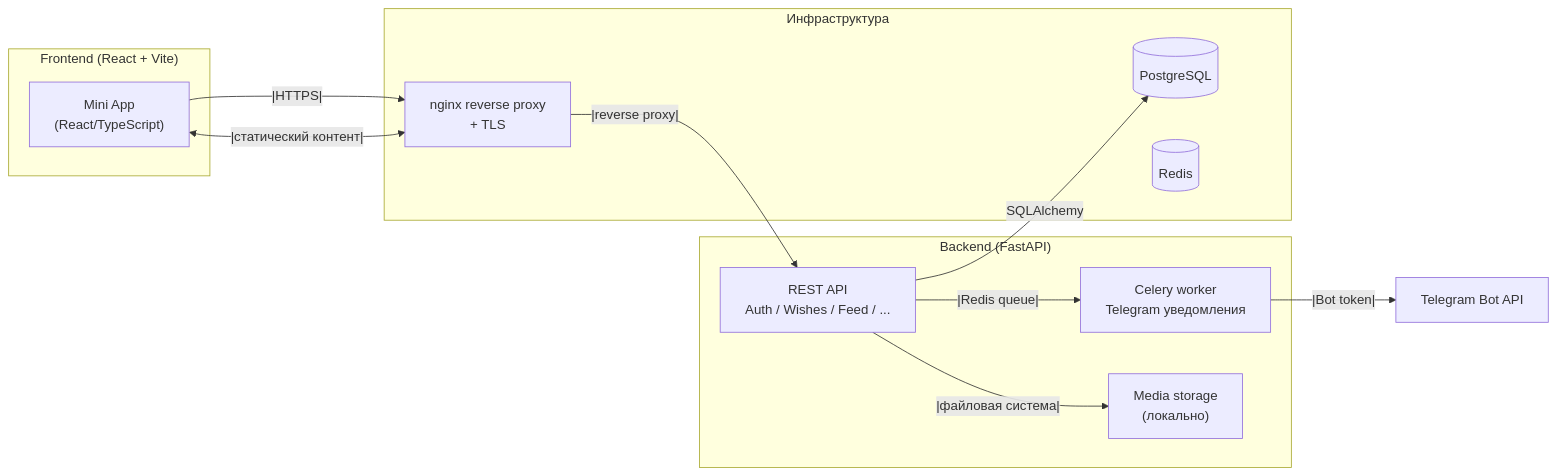
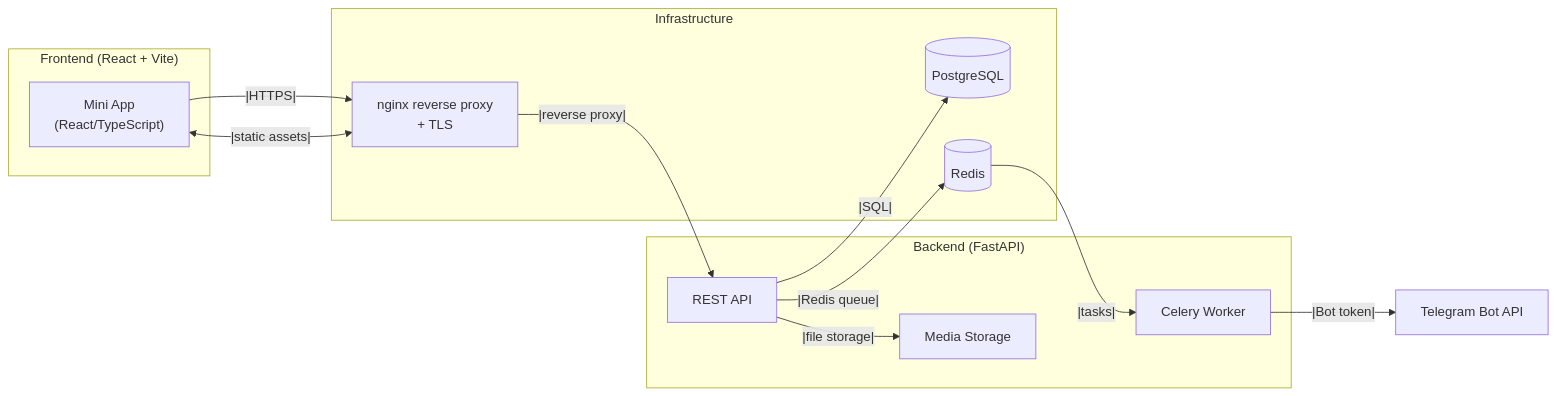
Before and after one commit to yafoxins/Wishfox: the first of 2 diagrams in README.md, drawn with Mermaid. The commit also changed other lines of this file, not shown here.

````diff
--- a/README.md
+++ b/README.md
@@ -27,28 +27,29 @@
 ```mermaid
 flowchart LR
     subgraph Client ["Frontend (React + Vite)"]
         App["Mini App\n(React/TypeScript)"]
     end
 
     subgraph Back["Backend (FastAPI)"]
-        API["REST API\nAuth / Wishes / Feed / ..."]
-        Worker["Celery worker\nTelegram уведомления"]
-        Media["Media storage\n(локально)"]
+        API["REST API"]
+        Worker["Celery Worker"]
+        Media["Media Storage"]
     end
 
-    subgraph Infra["Инфраструктура"]
+    subgraph Infra["Infrastructure"]
         DB[(PostgreSQL)]
         Cache[(Redis)]
         Nginx["nginx reverse proxy\n+ TLS"]
     end
 
     Telegram["Telegram Bot API"]
 
     App --|HTTPS|--> Nginx
     Nginx --|reverse proxy|--> API
-    API -- SQLAlchemy --> DB
-    API --|Redis queue|--> Worker
+    API --|SQL|--> DB
+    API --|Redis queue|--> Cache
+    Cache --|tasks|--> Worker
     Worker --|Bot token|--> Telegram
-    API --|файловая система|--> Media
-    App <--|статический контент|--> Nginx
+    API --|file storage|--> Media
+    App <--|static assets|--> Nginx
 ```
````
